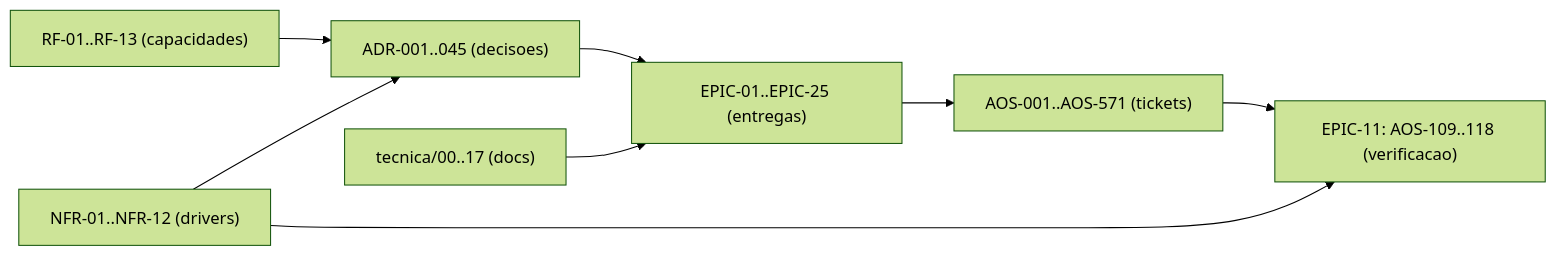
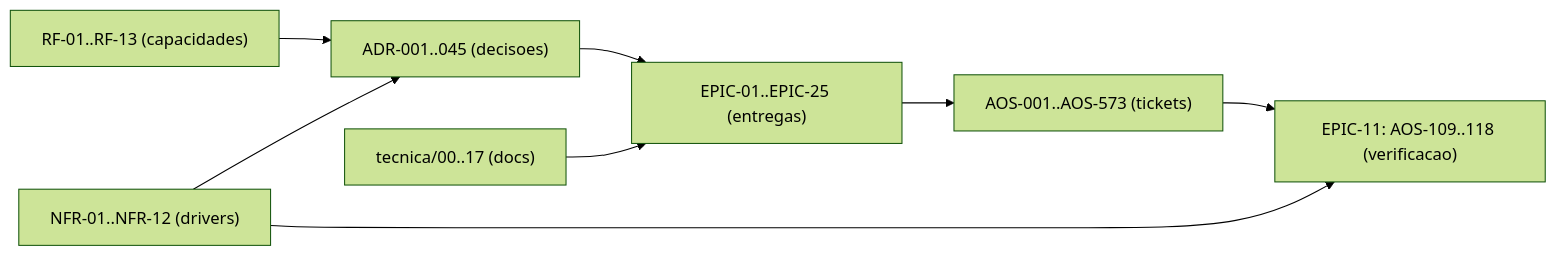
Before and after one commit to albinoJimy/aos: the diagram in tecnica/16_Rastreabilidade_RTM.md, drawn with Mermaid (forest theme). The commit also changed other lines of this file and 16 other files, not shown here.

````diff
--- a/tecnica/16_Rastreabilidade_RTM.md
+++ b/tecnica/16_Rastreabilidade_RTM.md
@@ -214,10 +214,10 @@
 ```mermaid
 flowchart LR
     RF["RF-01..RF-13 (capacidades)"] --> ADR["ADR-001..045 (decisoes)"]
     NFR["NFR-01..NFR-12 (drivers)"] --> ADR
     ADR --> EPIC["EPIC-01..EPIC-25 (entregas)"]
-    EPIC --> TICK["AOS-001..AOS-571 (tickets)"]
+    EPIC --> TICK["AOS-001..AOS-573 (tickets)"]
     DOC["tecnica/00..17 (docs)"] --> EPIC
     TICK --> TEST["EPIC-11: AOS-109..118 (verificacao)"]
     NFR --> TEST
 ```
````
